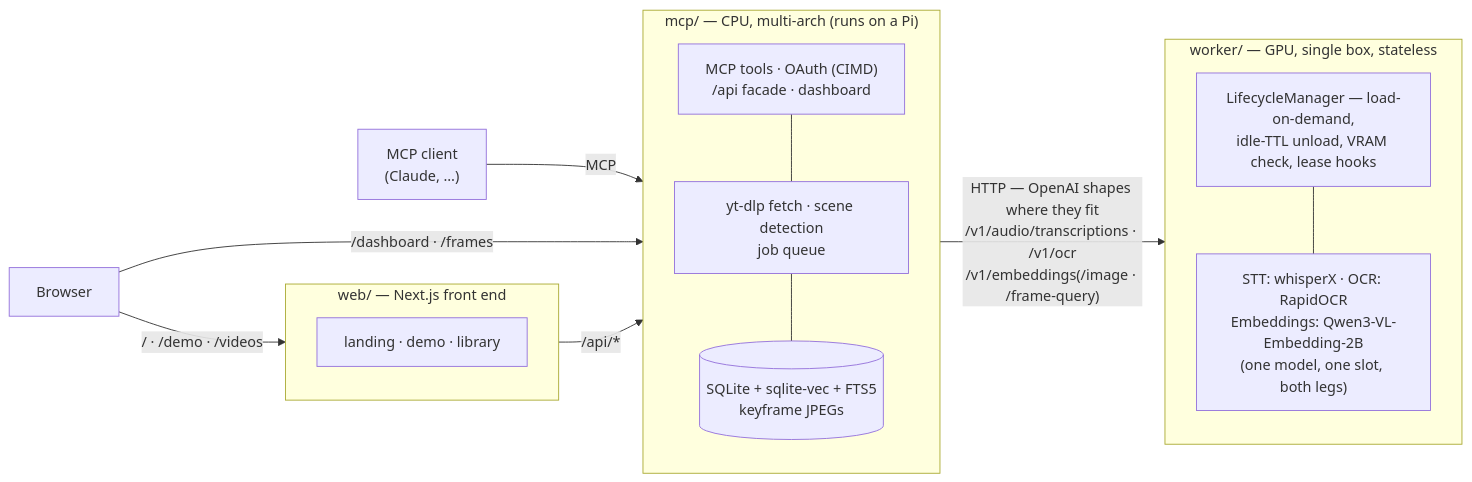
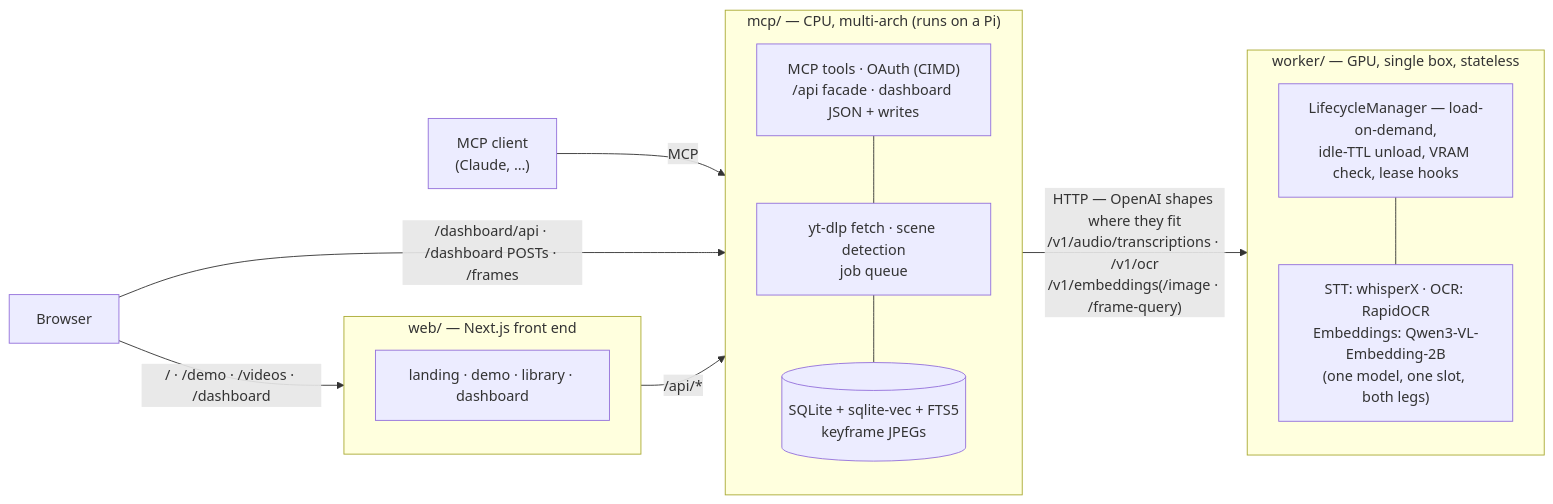
The diagram in README.md (T0mSIlver/vidtheque), drawn with Mermaid before and after one commit. The commit also changed 7 other files, not shown here.

````diff
--- a/README.md
+++ b/README.md
@@ -66,20 +66,20 @@
 ```mermaid
 flowchart LR
     client["MCP client<br/>(Claude, …)"] -->|MCP| MCP
-    browser["Browser"] -->|"/ · /demo · /videos"| Web
-    browser -->|"/dashboard · /frames"| MCP
+    browser["Browser"] -->|"/ · /demo · /videos · /dashboard"| Web
+    browser -->|"/dashboard/api · /dashboard POSTs · /frames"| MCP
     subgraph Web ["web/ — Next.js front end"]
-        pages["landing · demo · library"]
+        pages["landing · demo · library · dashboard"]
     end
     Web -->|"/api/*"| MCP
     subgraph MCP ["mcp/ — CPU, multi-arch (runs on a Pi)"]
-        surface["MCP tools · OAuth (CIMD)<br/>/api facade · dashboard"] ---
+        surface["MCP tools · OAuth (CIMD)<br/>/api facade · dashboard JSON + writes"] ---
         pipeline["yt-dlp fetch · scene detection<br/>job queue"] ---
         store[("SQLite + sqlite-vec + FTS5<br/>keyframe JPEGs")]
     end
     MCP -->|"HTTP — OpenAI shapes where they fit<br/>/v1/audio/transcriptions · /v1/ocr<br/>/v1/embeddings(/image · /frame-query)"| Worker
     subgraph Worker ["worker/ — GPU, single box, stateless"]
         lm["LifecycleManager — load-on-demand,<br/>idle-TTL unload, VRAM check, lease hooks"] ---
         backends["STT: whisperX · OCR: RapidOCR<br/>Embeddings: Qwen3-VL-Embedding-2B<br/>(one model, one slot, both legs)"]
     end
 ```
````
